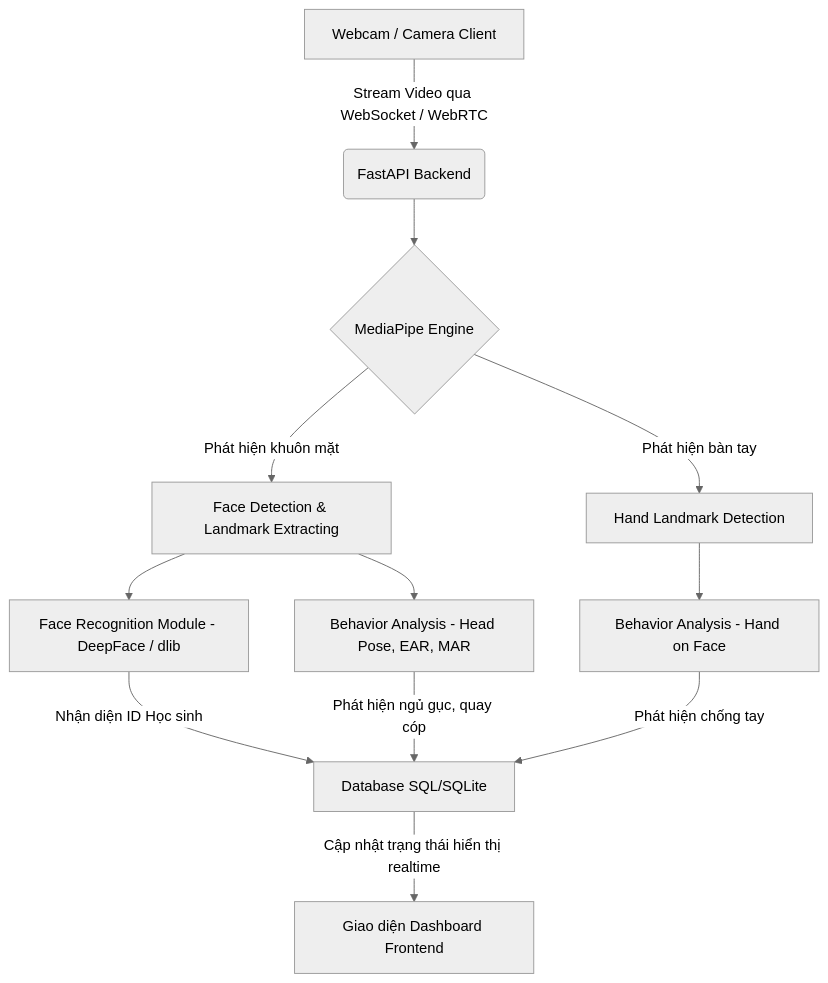
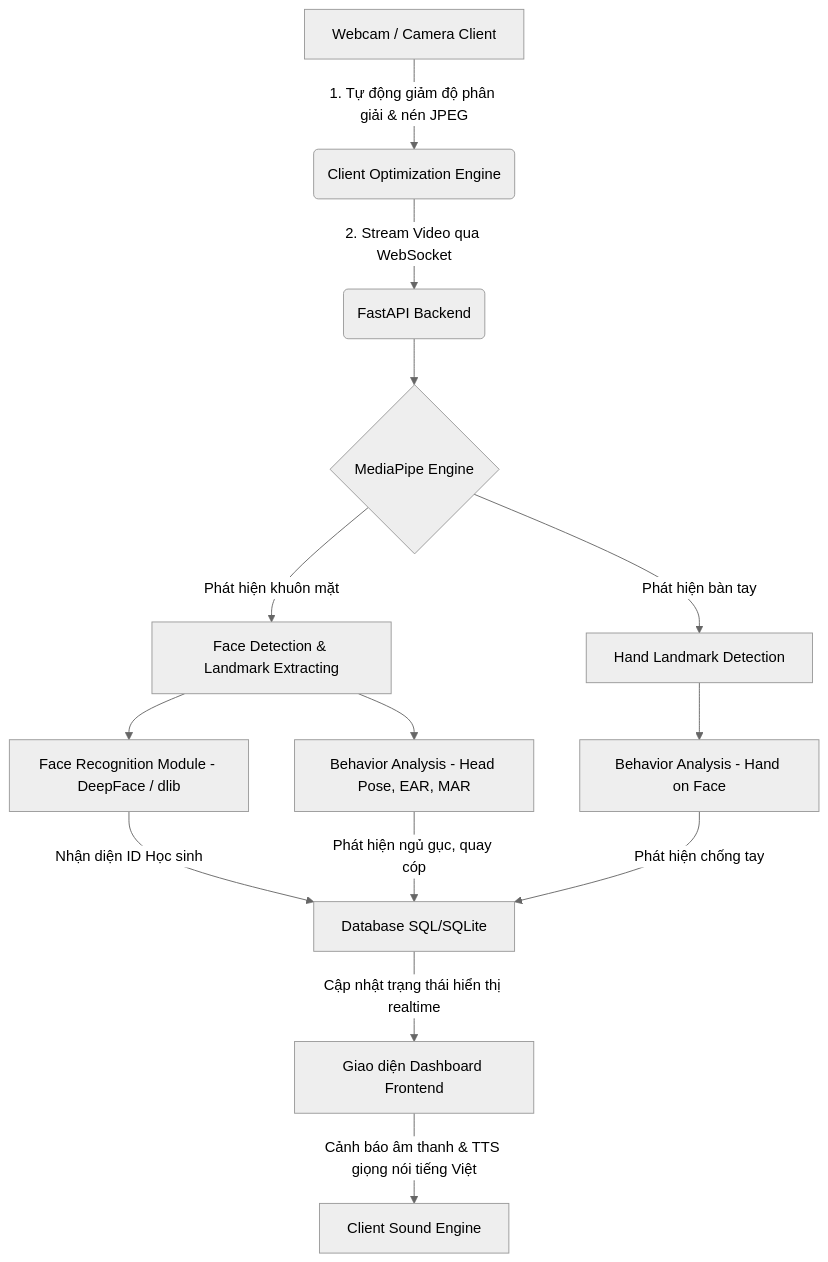
Before and after one commit to quocthang0507/face-recognition: the diagram in docs/implementation-plan.md, drawn with Mermaid (neutral theme). The commit also changed other lines of this file and 14 other files, not shown here.

````diff
--- a/docs/implementation-plan.md
+++ b/docs/implementation-plan.md
@@ -11,17 +11,19 @@
 ```mermaid
 graph TD
-    A[Webcam / Camera Client] -->|Stream Video qua WebSocket / WebRTC| B(FastAPI Backend)
+    A[Webcam / Camera Client] -->|1. Tự động giảm độ phân giải & nén JPEG| A2(Client Optimization Engine)
+    A2 -->|2. Stream Video qua WebSocket| B(FastAPI Backend)
     B --> C{MediaPipe Engine}
     C -->|Phát hiện khuôn mặt| D[Face Detection & Landmark Extracting]
     C -->|Phát hiện bàn tay| E[Hand Landmark Detection]
     
     D --> F[Face Recognition Module - DeepFace / dlib]
     D --> G[Behavior Analysis - Head Pose, EAR, MAR]
     E --> H[Behavior Analysis - Hand on Face]
     
     F -->|Nhận diện ID Học sinh| I[Database SQL/SQLite]
     G -->|Phát hiện ngủ gục, quay cóp| I
     H -->|Phát hiện chống tay| I
     
     I -->|Cập nhật trạng thái hiển thị realtime| J[Giao diện Dashboard Frontend]
+    J -->|Cảnh báo âm thanh & TTS giọng nói tiếng Việt| K[Client Sound Engine]
 ```
````
